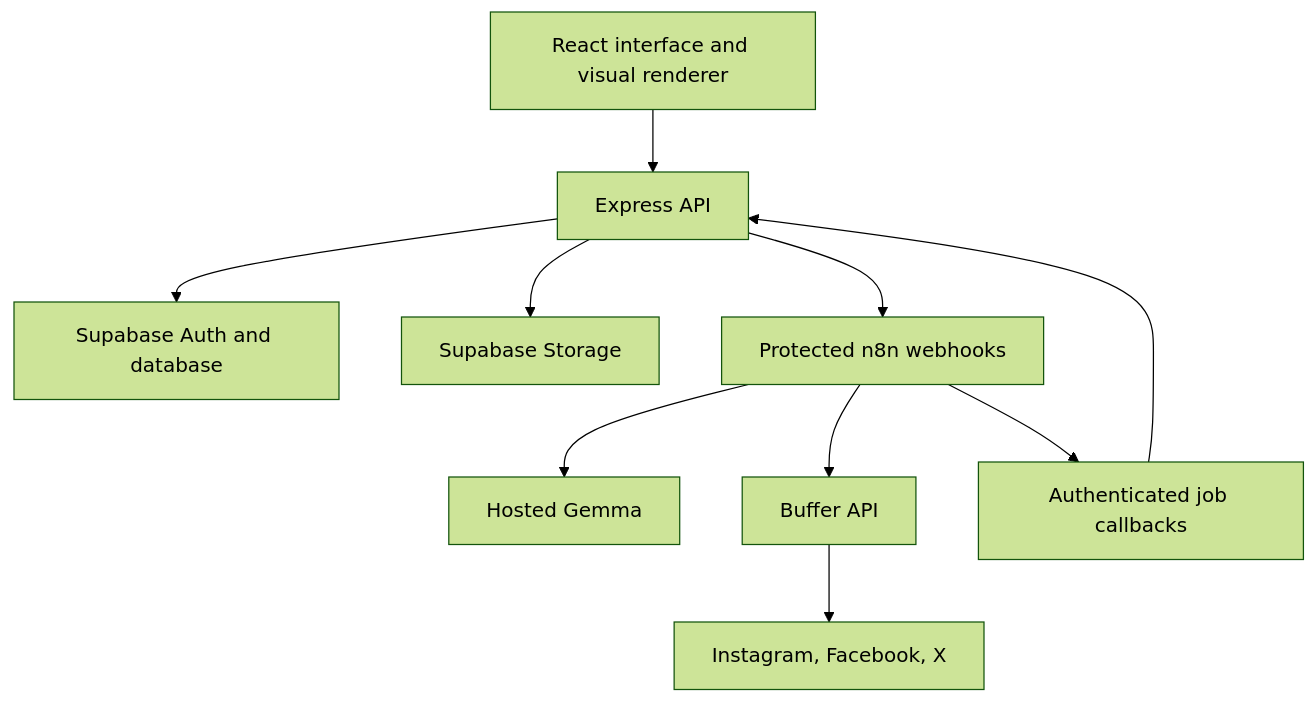
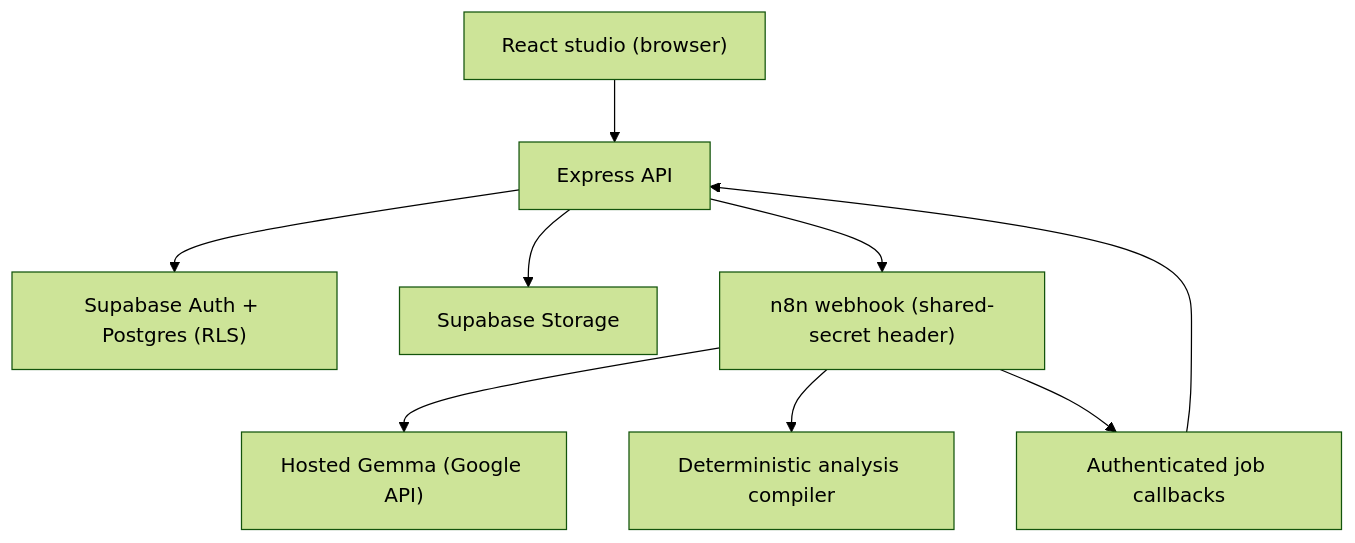
Before and after one commit to abubakar-ahmed-dev/Flow-to-Feed: the diagram in README.md, drawn with Mermaid (forest theme). The commit also changed other lines of this file and 6 other files, not shown here.

````diff
--- a/README.md
+++ b/README.md
@@ -11,12 +19,11 @@
 ```mermaid
 flowchart TD
-    UI["React interface and visual renderer"] --> API["Express API"]
-    API --> DATA["Supabase Auth and database"]
+    UI["React studio (browser)"] --> API["Express API"]
+    API --> DATA["Supabase Auth + Postgres (RLS)"]
     API --> MEDIA["Supabase Storage"]
-    API --> N8N["Protected n8n webhooks"]
-    N8N --> GEMMA["Hosted Gemma"]
-    N8N --> BUFFER["Buffer API"]
-    BUFFER --> SOCIAL["Instagram, Facebook, X"]
+    API --> N8N["n8n webhook (shared-secret header)"]
+    N8N --> GEMMA["Hosted Gemma (Google API)"]
+    N8N --> COMPILE["Deterministic analysis compiler"]
     N8N --> CALLBACK["Authenticated job callbacks"]
     CALLBACK --> API
 ```
````
